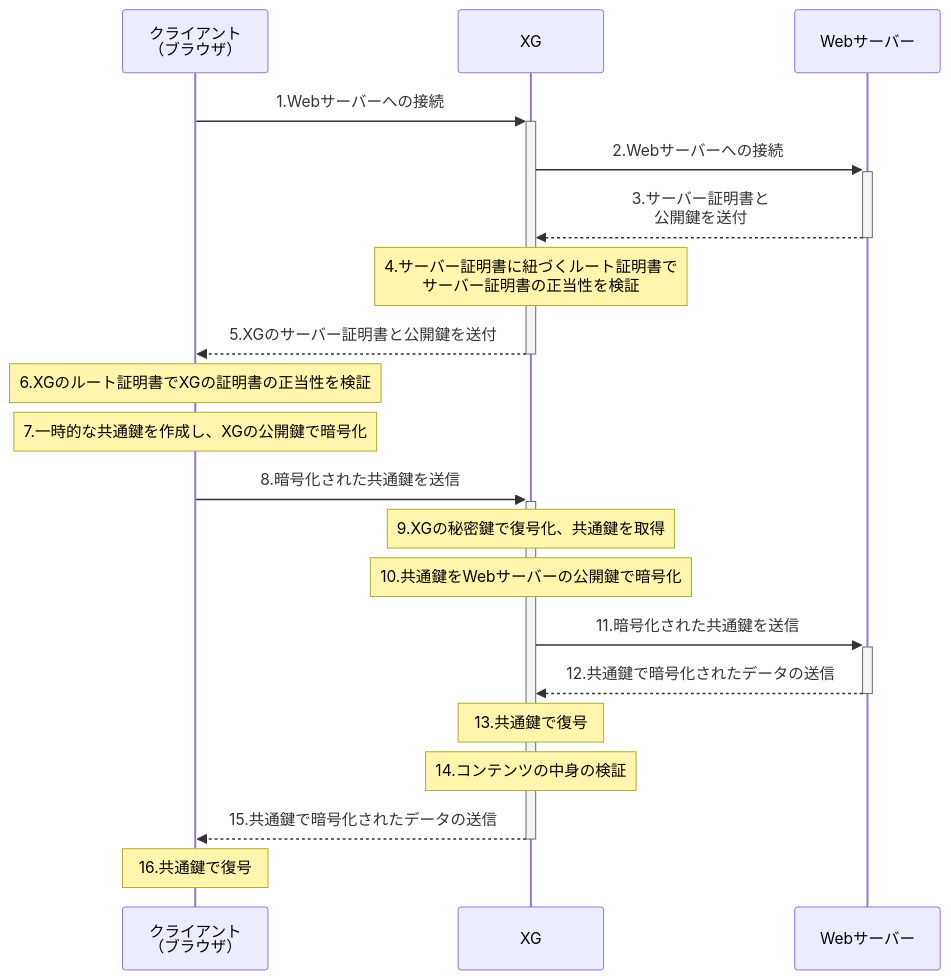
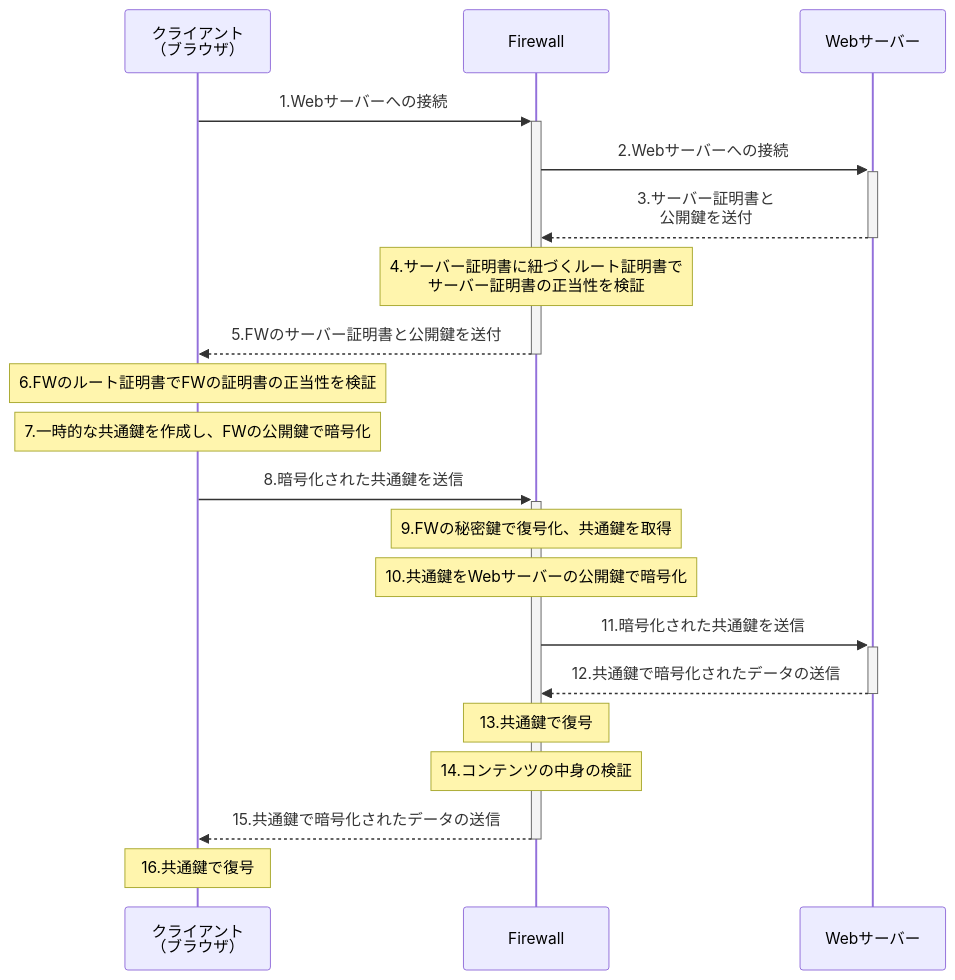
The second of 2 diagrams in source/_posts/ssl-inspection.md (yoshi0808/new-technology), drawn with Mermaid before and after one commit. The commit also changed other lines of this file and 3 other files, not shown here.

```diff
--- a/source/_posts/ssl-inspection.md
+++ b/source/_posts/ssl-inspection.md
@@ -31,24 +50,24 @@
 {% mermaid sequenceDiagram %}
 
       participant cl as クライアント<br>（ブラウザ）
-      participant xg as XG
+      participant xg as Firewall
       participant sv as Webサーバー
 
       cl ->>+ xg : 1.Webサーバーへの接続
       xg ->>+ sv : 2.Webサーバーへの接続
       sv -->>- xg : 3.サーバー証明書と<br>公開鍵を送付
       Note over xg: 4.サーバー証明書に紐づくルート証明書で<br>サーバー証明書の正当性を検証
-      xg -->>- cl : 5.XGのサーバー証明書と公開鍵を送付
-      Note over cl: 6.XGのルート証明書でXGの証明書の正当性を検証
-      Note over cl: 7.一時的な共通鍵を作成し、XGの公開鍵で暗号化
+      xg -->>- cl : 5.FWのサーバー証明書と公開鍵を送付
+      Note over cl: 6.FWのルート証明書でFWの証明書の正当性を検証
+      Note over cl: 7.一時的な共通鍵を作成し、FWの公開鍵で暗号化
       cl ->>+ xg : 8.暗号化された共通鍵を送信
-      Note over xg: 9.XGの秘密鍵で復号化、共通鍵を取得
+      Note over xg: 9.FWの秘密鍵で復号化、共通鍵を取得
       Note over xg : 10.共通鍵をWebサーバーの公開鍵で暗号化
       xg ->>+ sv : 11.暗号化された共通鍵を送信
       sv -->>- xg : 12.共通鍵で暗号化されたデータの送信
       Note over xg: 13.共通鍵で復号
       Note over xg: 14.コンテンツの中身の検証
       xg -->>- cl : 15.共通鍵で暗号化されたデータの送信
       Note over cl: 16.共通鍵で復号
 
 {% endmermaid %}
```
